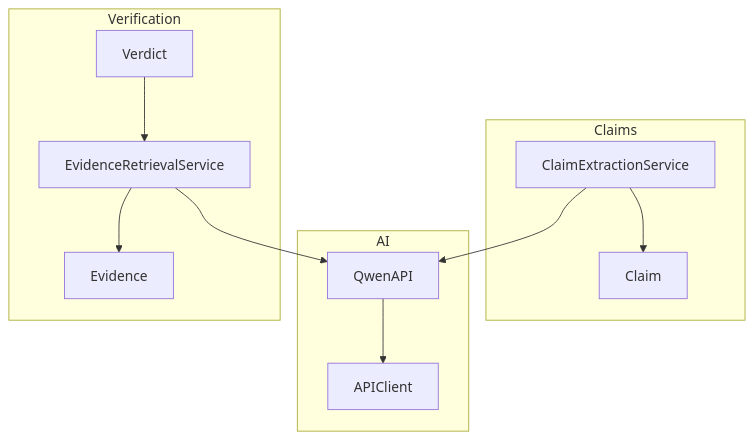
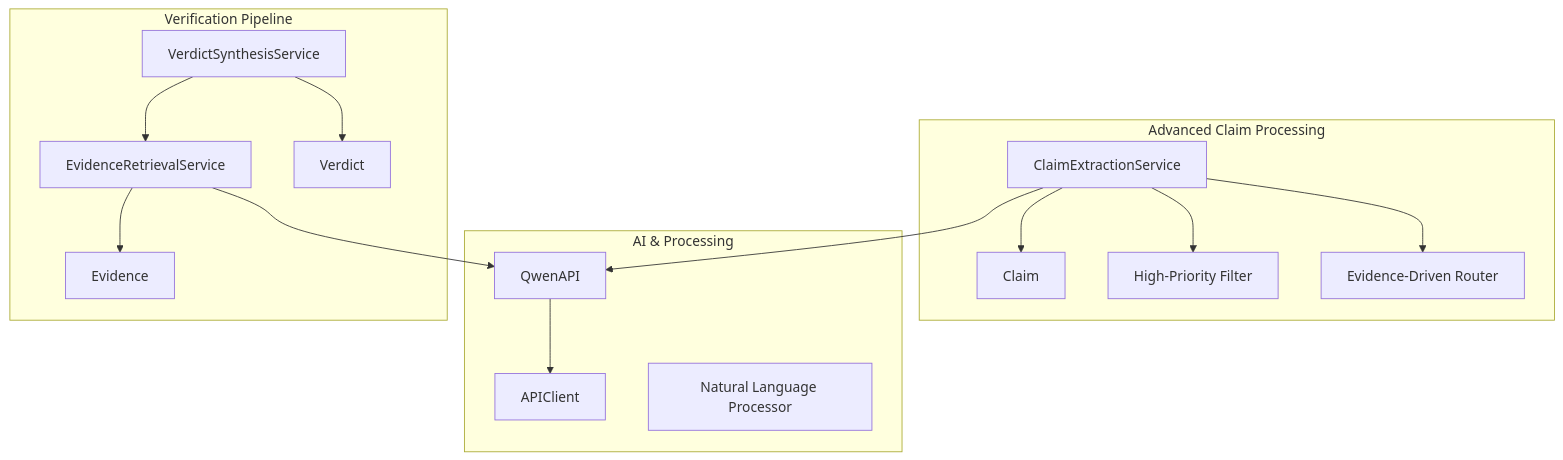
One commit to alexandreybasta-cyber/factshield-ios changed the first of 12 diagrams in .qoder/repowiki/en/content/Core Services/Claim Extraction.md. Above: the diagram before and after it, drawn with Mermaid. The commit also changed other lines of this file and 97 other files, not shown here.

````diff
--- a/.qoder/repowiki/en/content/Core Services/Claim Extraction.md
+++ b/.qoder/repowiki/en/content/Core Services/Claim Extraction.md
@@ -42,22 +46,29 @@
 ```mermaid
 graph TB
-subgraph "Claims"
+subgraph "Advanced Claim Processing"
 CE["ClaimExtractionService"]
 CL["Claim"]
+HPF["High-Priority Filter"]
+EDR["Evidence-Driven Router"]
 end
-subgraph "AI"
+subgraph "AI & Processing"
 QW["QwenAPI"]
 AC["APIClient"]
+NLP["Natural Language Processor"]
 end
-subgraph "Verification"
+subgraph "Verification Pipeline"
 ER["EvidenceRetrievalService"]
 EV["Evidence"]
-VD["Verdict"]
+VD["VerdictSynthesisService"]
+ENDV["Verdict"]
 end
 CE --> QW
 QW --> AC
 CE --> CL
+CE --> HPF
+CE --> EDR
 ER --> QW
 ER --> EV
 VD --> ER
+VD --> ENDV
 ```
````
